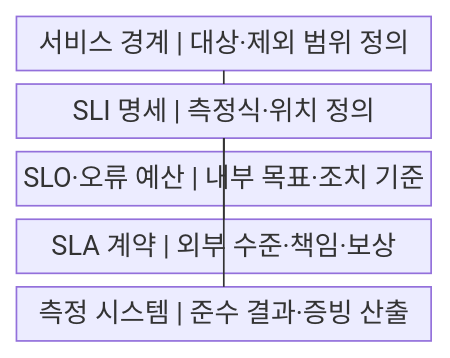
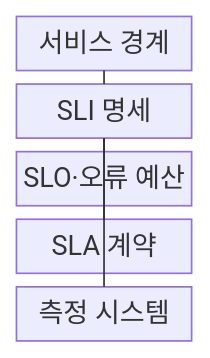
One commit to agnusdei1207/knowledge-base changed the first of 2 diagrams in src/content/docs/notes/03-software/165_slo_sla_sli.md. Above: the diagram before and after it, drawn with Mermaid. The commit also changed other lines of this file and 238 other files, not shown here.

````diff
--- a/src/content/docs/notes/03-software/165_slo_sla_sli.md
+++ b/src/content/docs/notes/03-software/165_slo_sla_sli.md
@@ -53,13 +53,13 @@
 ```mermaid
-block
+block-beta
     columns 1
-    A["서비스 경계 | 대상·제외 범위 정의"]
-    B["SLI 명세 | 측정식·위치 정의"]
-    C["SLO·오류 예산 | 내부 목표·조치 기준"]
-    D["SLA 계약 | 외부 수준·책임·보상"]
-    E["측정 시스템 | 준수 결과·증빙 산출"]
+    A["서비스 경계"]
+    B["SLI 명세"]
+    C["SLO·오류 예산"]
+    D["SLA 계약"]
+    E["측정 시스템"]
     A --- B
     B --- C
     B --- D
     B --- E
 ```
````
